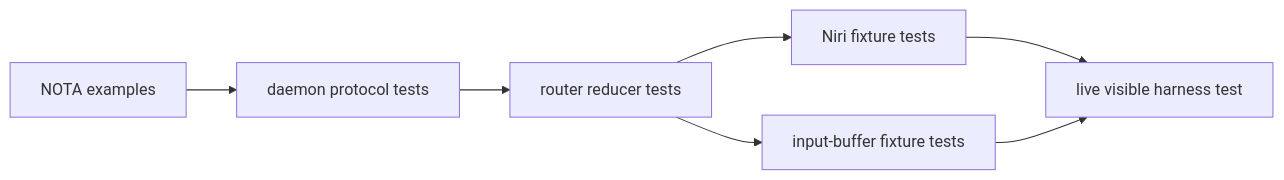
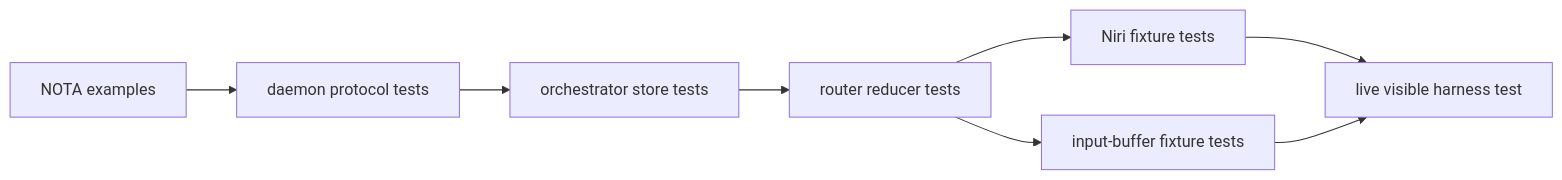
One commit to LiGoldragon/primary changed diagram 16 of 16 in reports/operator/9-persona-message-router-architecture.md. Above: the diagram before and after it, drawn with Mermaid. The commit also changed other lines of this file, not shown here.

Commit message:
revise Persona database ownership architecture

````diff
--- a/reports/operator/9-persona-message-router-architecture.md
+++ b/reports/operator/9-persona-message-router-architecture.md
@@ -491,16 +550,18 @@
 ```mermaid
 flowchart LR
-    nota[NOTA examples]
-    daemon[daemon protocol tests]
-    reducer[router reducer tests]
-    focus[Niri fixture tests]
-    input[input-buffer fixture tests]
-    live[live visible harness test]
+    nota["NOTA examples"]
+    daemon["daemon protocol tests"]
+    orchestrate["orchestrator store tests"]
+    reducer["router reducer tests"]
+    focus["Niri fixture tests"]
+    input["input-buffer fixture tests"]
+    live["live visible harness test"]
 
     nota --> daemon
-    daemon --> reducer
+    daemon --> orchestrate
+    orchestrate --> reducer
     reducer --> focus
     reducer --> input
     focus --> live
     input --> live
 ```
````
